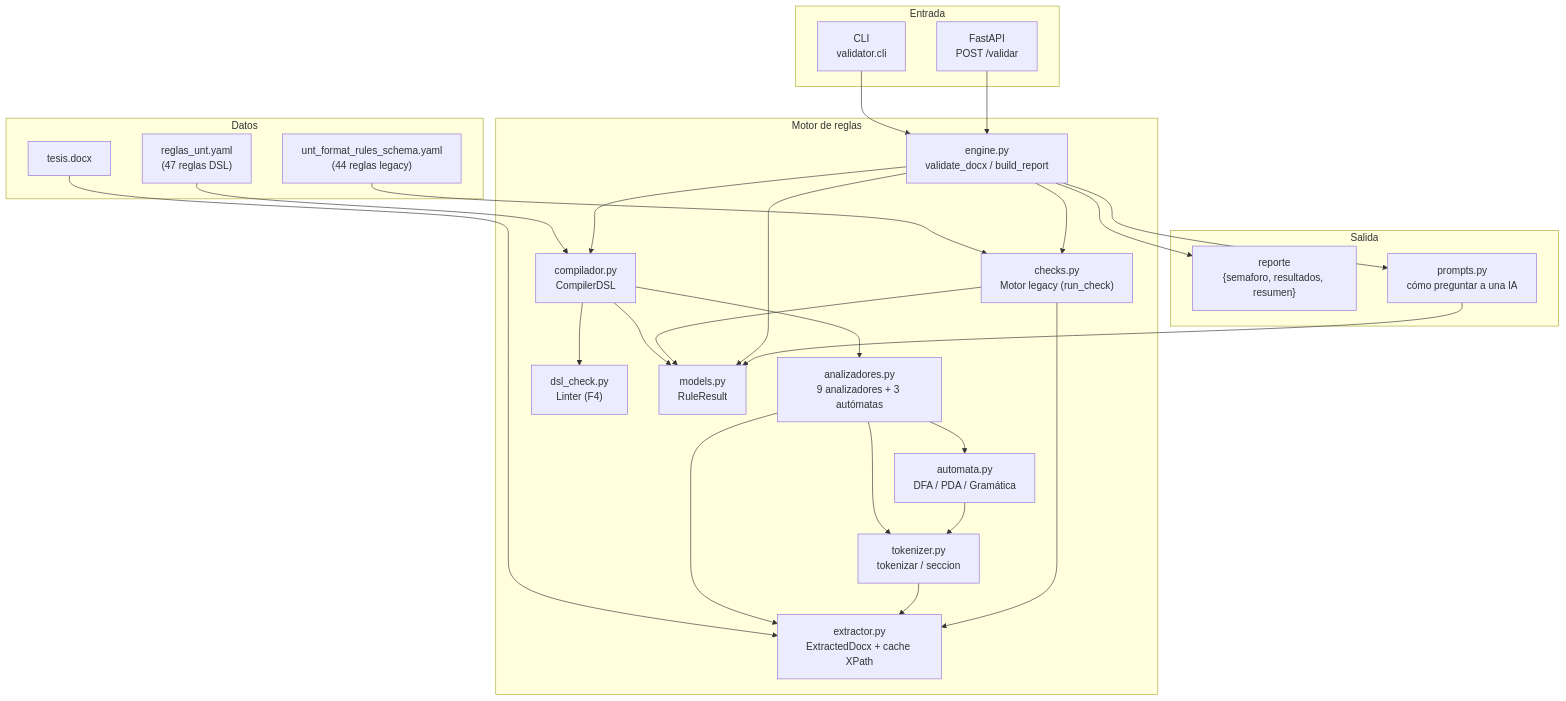
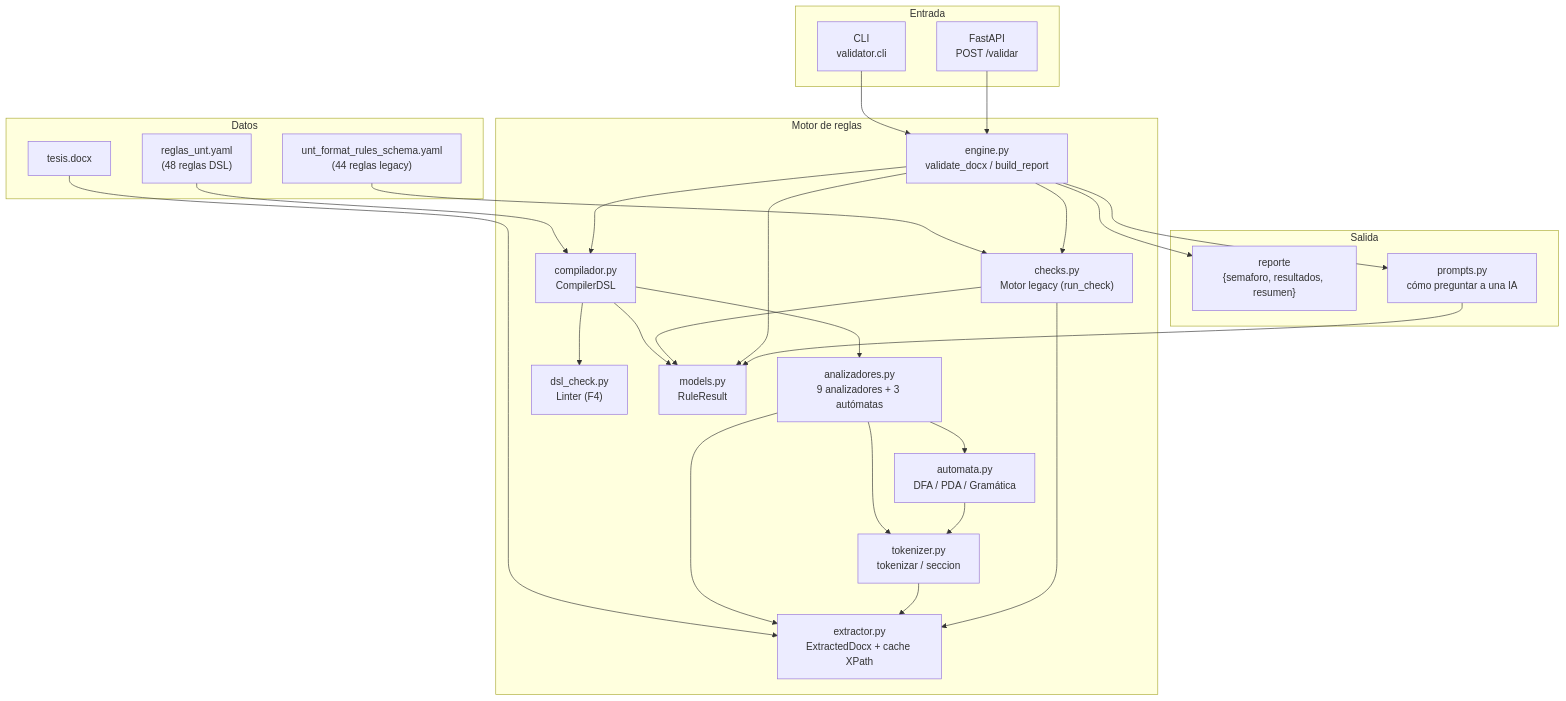
One commit to IvanSanchezSil/vistobueno changed the first of 7 diagrams in docs/diseno/01_arq_motor.md. Above: the diagram before and after it, drawn with Mermaid. The commit also changed other lines of this file and 16 other files, not shown here.

````diff
--- a/docs/diseno/01_arq_motor.md
+++ b/docs/diseno/01_arq_motor.md
@@ -29,54 +29,54 @@
 ```mermaid
 flowchart TB
     subgraph ENTRADA["Entrada"]
         CLIENTE["CLI<br/>validator.cli"]
         API["FastAPI<br/>POST /validar"]
     end
 
     subgraph MOTOR["Motor de reglas"]
         ENG["engine.py<br/>validate_docx / build_report"]
         CHK["checks.py<br/>Motor legacy (run_check)"]
         COMP["compilador.py<br/>CompilerDSL"]
         ANAL["analizadores.py<br/>9 analizadores + 3 autómatas"]
         LINT["dsl_check.py<br/>Linter (F4)"]
         AUT["automata.py<br/>DFA / PDA / Gramática"]
         TOK["tokenizer.py<br/>tokenizar / seccion"]
         EXT["extractor.py<br/>ExtractedDocx + cache XPath"]
         MOD["models.py<br/>RuleResult"]
     end
 
     subgraph DATOS["Datos"]
         YAML_LEGACY["unt_format_rules_schema.yaml<br/>(44 reglas legacy)"]
-        YAML_DSL["reglas_unt.yaml<br/>(47 reglas DSL)"]
+        YAML_DSL["reglas_unt.yaml<br/>(48 reglas DSL)"]
         DOCX["tesis.docx"]
     end
 
     subgraph SALIDA["Salida"]
         REP["reporte<br/>{semaforo, resultados, resumen}"]
         PROMPTS["prompts.py<br/>cómo preguntar a una IA"]
     end
 
     CLIENTE --> ENG
     API --> ENG
     DOCX --> EXT
     YAML_LEGACY --> CHK
     YAML_DSL --> COMP
 
     ENG --> CHK
     ENG --> COMP
     COMP --> LINT
     COMP --> ANAL
     ANAL --> AUT
     ANAL --> TOK
     AUT --> TOK
     ANAL --> EXT
     TOK --> EXT
     CHK --> EXT
     COMP --> MOD
     CHK --> MOD
     ENG --> MOD
 
     ENG --> REP
     ENG --> PROMPTS
     PROMPTS --> MOD
 ```
````
